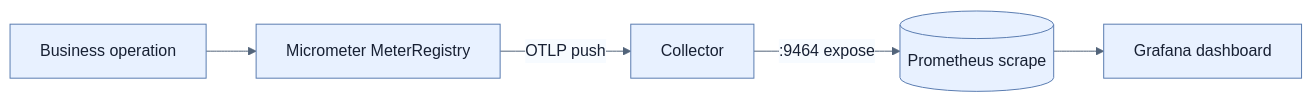
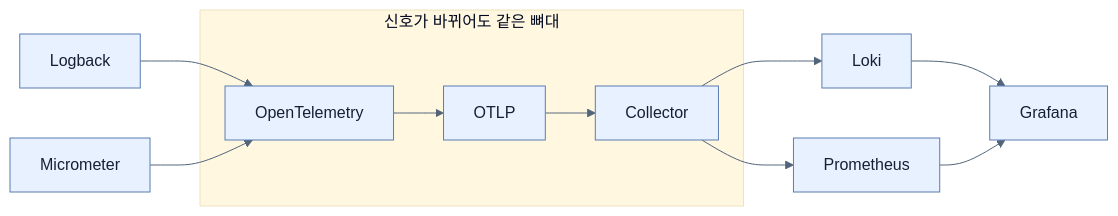
The second of 2 diagrams in spring-boot-4-pdf-notes/part-5-observing-spring-boot-4-applications/chapter-13-observing-spring-boot-4-applications/04-metrics-with-micrometer-prometheus-and-grafana.md (sing-u8/Learning_Spring_Boot_4), drawn with Mermaid before and after one commit. The commit also changed other lines of this file and 253 other files, not shown here.

````diff
--- a/spring-boot-4-pdf-notes/part-5-observing-spring-boot-4-applications/chapter-13-observing-spring-boot-4-applications/04-metrics-with-micrometer-prometheus-and-grafana.md
+++ b/spring-boot-4-pdf-notes/part-5-observing-spring-boot-4-applications/chapter-13-observing-spring-boot-4-applications/04-metrics-with-micrometer-prometheus-and-grafana.md
@@ -38,8 +128,13 @@
 ```mermaid
 %%{init: {'theme': 'base', 'themeVariables': {'background': '#ffffff', 'primaryColor': '#e8f1ff', 'primaryTextColor': '#172033', 'primaryBorderColor': '#5b7db1', 'lineColor': '#52647a', 'secondaryColor': '#f7fbff', 'tertiaryColor': '#fff7df'}}}%%
 flowchart LR
-    B[Business operation] --> M[Micrometer MeterRegistry]
-    M -->|OTLP push| C[Collector]
-    C -->|:9464 expose| P[(Prometheus scrape)]
-    P --> G[Grafana dashboard]
+    subgraph 공통["신호가 바뀌어도 같은 뼈대"]
+        O["OpenTelemetry"] --> P["OTLP"] --> C["Collector"]
+    end
+    L1["Logback"] --> O
+    M1["Micrometer"] --> O
+    C --> L2["Loki"]
+    C --> M2["Prometheus"]
+    L2 --> G["Grafana"]
+    M2 --> G
 ```
````
